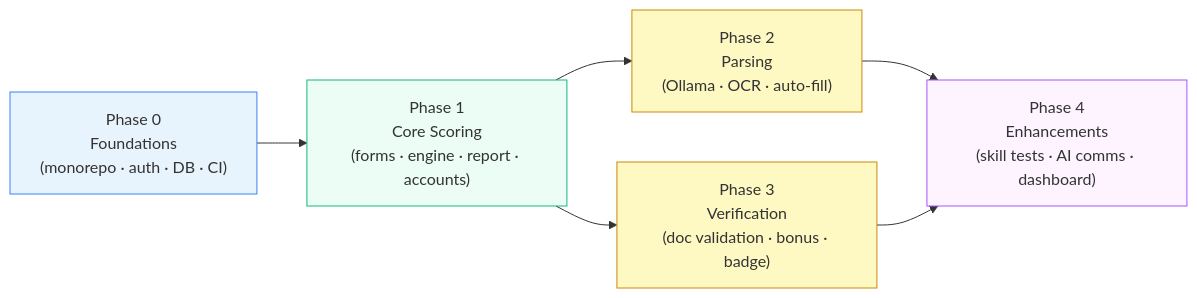
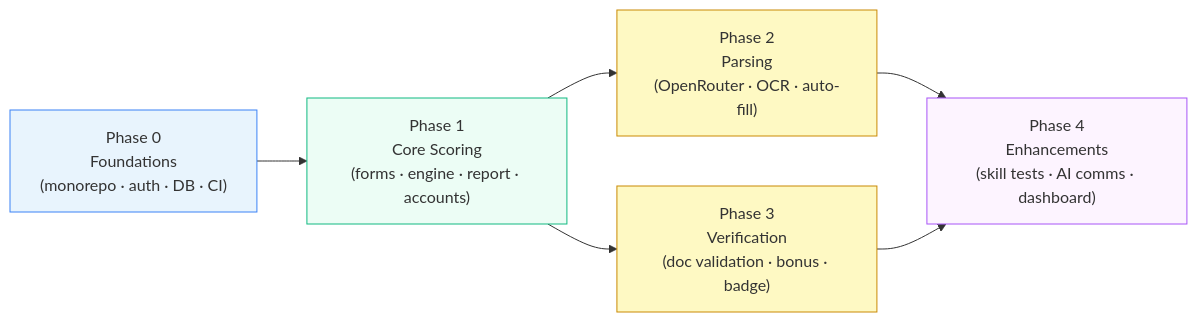
Before and after one commit to yashranaway/stabil: the diagram in docs/phases/README.md, drawn with Mermaid. The commit also changed other lines of this file and 27 other files, not shown here.

First line of the commit message:
Docs: switch AI provider from self-hosted Ollama to OpenRouter

````diff
--- a/docs/phases/README.md
+++ b/docs/phases/README.md
@@ -30,20 +30,20 @@
 ```mermaid
 flowchart LR
     P0["Phase 0\nFoundations\n(monorepo · auth · DB · CI)"]
     P1["Phase 1\nCore Scoring\n(forms · engine · report · accounts)"]
-    P2["Phase 2\nParsing\n(Ollama · OCR · auto-fill)"]
+    P2["Phase 2\nParsing\n(OpenRouter · OCR · auto-fill)"]
     P3["Phase 3\nVerification\n(doc validation · bonus · badge)"]
     P4["Phase 4\nEnhancements\n(skill tests · AI comms · dashboard)"]
 
     P0 --> P1
     P1 --> P2
     P1 --> P3
     P2 --> P4
     P3 --> P4
 
     style P0 fill:#e8f4fd,stroke:#3b82f6
     style P1 fill:#ecfdf5,stroke:#10b981
     style P2 fill:#fef9c3,stroke:#ca8a04
     style P3 fill:#fef9c3,stroke:#ca8a04
     style P4 fill:#fdf4ff,stroke:#a855f7
 ```
````
